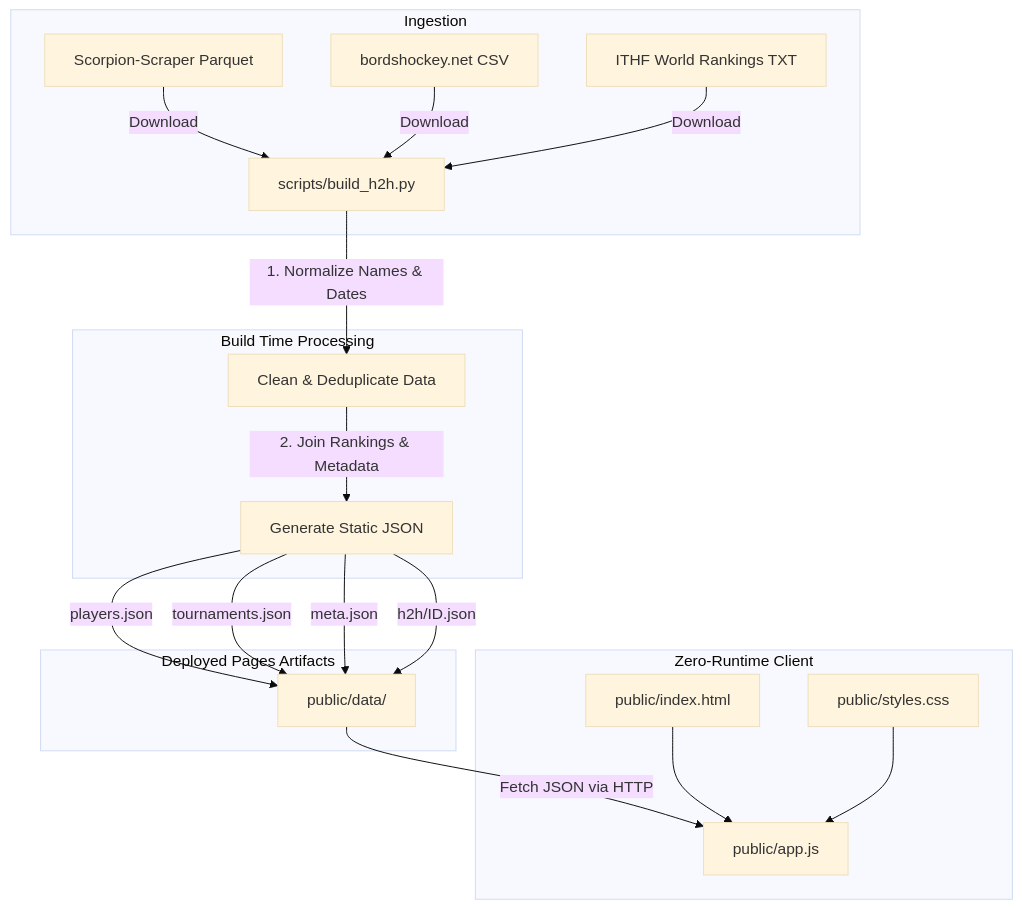
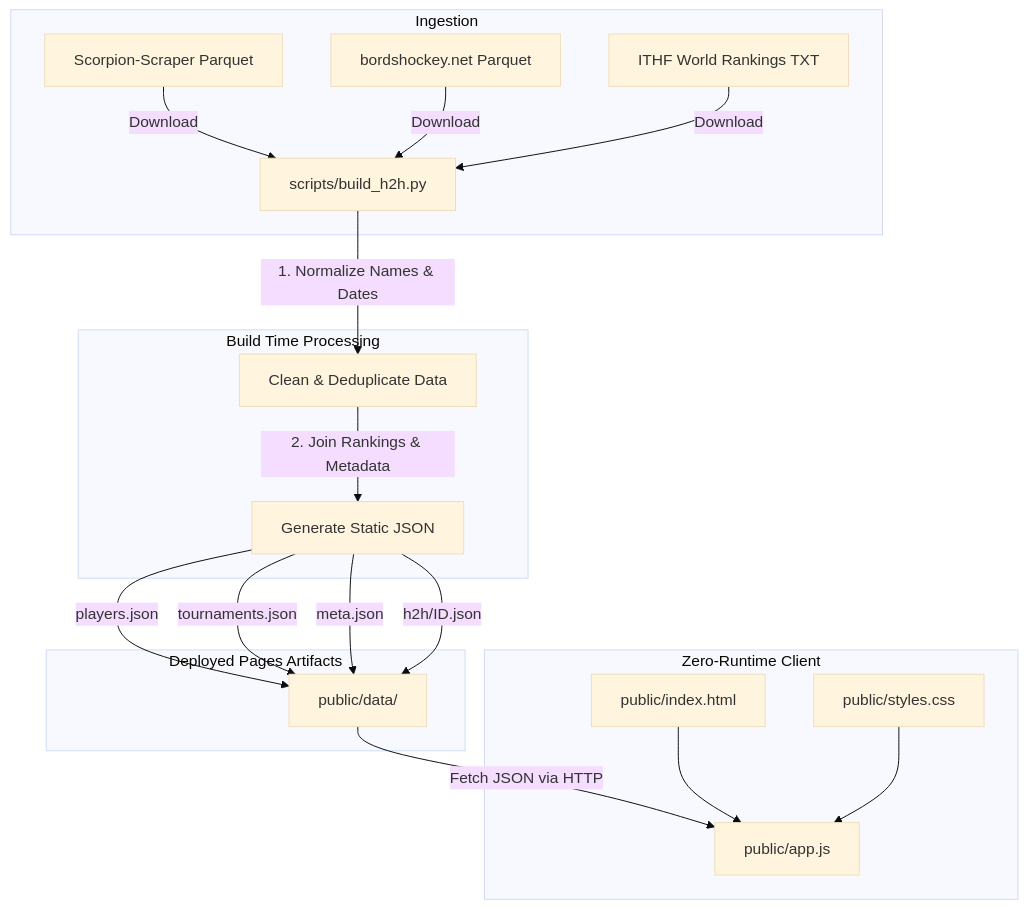
Before and after one commit to amundfylling/table-hockey-h2h-cloudflare: the diagram in AGENTS.md, drawn with Mermaid (base theme). The commit also changed 4 other files, not shown here.

First line of the commit message:
Read bordshockey.net results from Parquet

````diff
--- a/AGENTS.md
+++ b/AGENTS.md
@@ -58,23 +58,23 @@
 ```mermaid
 graph TD
     subgraph Ingestion
         A[Scorpion-Scraper Parquet] -->|Download| D[scripts/build_h2h.py]
-        B[bordshockey.net CSV] -->|Download| D
+        B[bordshockey.net Parquet] -->|Download| D
         C[ITHF World Rankings TXT] -->|Download| D
     end
     subgraph Build Time Processing
         D -->|1. Normalize Names & Dates| E[Clean & Deduplicate Data]
         E -->|2. Join Rankings & Metadata| F[Generate Static JSON]
     end
     subgraph Deployed Pages Artifacts
         F -->|players.json| G[public/data/]
         F -->|tournaments.json| G
         F -->|meta.json| G
         F -->|h2h/ID.json| G
     end
     subgraph Zero-Runtime Client
         G -->|Fetch JSON via HTTP| H[public/app.js]
         I[public/index.html] --> H
         J[public/styles.css] --> H
     end
 ```
````
